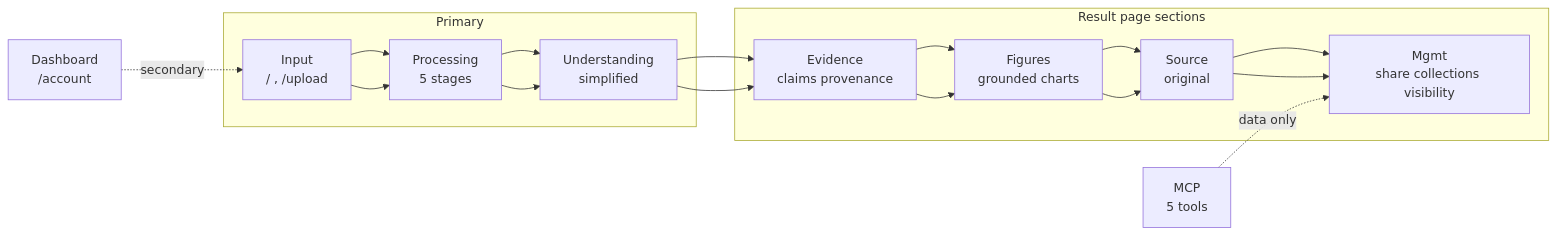
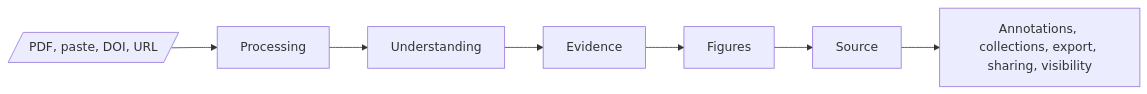
One commit to RizkiRdm/paperviz changed the first of 2 diagrams in docs/product/current-user-flow.md. Above: the diagram before and after it, drawn with Mermaid. The commit also changed other lines of this file and 3 other files, not shown here.

Commit message:
docs: align architecture and requirements

````diff
--- a/docs/product/current-user-flow.md
+++ b/docs/product/current-user-flow.md
@@ -21,20 +7,12 @@
 ```mermaid
 flowchart LR
-    A[Input<br/>/ , /upload] --> B[Processing<br/>5 stages]
-    B --> C[Understanding<br/>simplified]
-    C --> D[Evidence<br/>claims provenance]
-    D --> E[Figures<br/>grounded charts]
-    E --> F[Source<br/>original]
-    F --> G[Mgmt<br/>share collections visibility]
+    A[Input] --> B[Processing]
+    B --> C[Understanding]
+    C --> D[Evidence]
+    D --> E[Figures]
+    E --> F[Source]
+    F --> G[Management]
 
-    subgraph Primary
-    A --> B --> C
-    end
-
-    subgraph Result page sections
-    C --> D --> E --> F --> G
-    end
-
-    H[MCP<br/>5 tools] -. data only .-> G
-    I[Dashboard<br/>/account] -. secondary .-> A
+    A[/ PDF, paste, DOI, URL /]
+    G[Annotations, collections, export, sharing, visibility]
 ```
````
